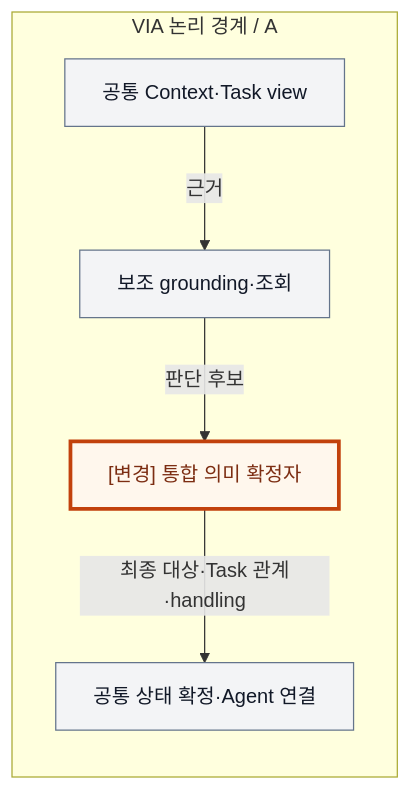
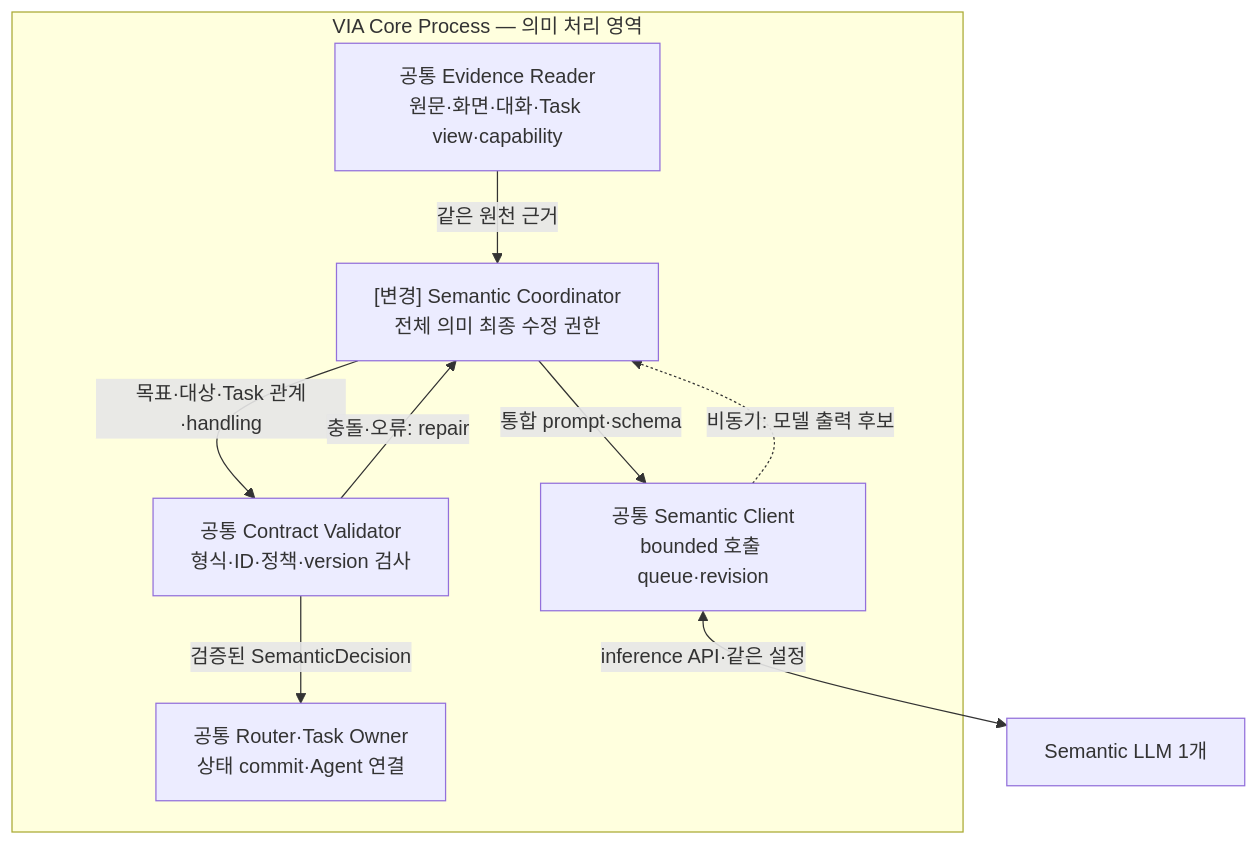
The second of 4 diagrams in docs/architecture/12-decisions/via-dp-06-semantic-authority.md (cbyche/via-sw-architecture), drawn with Mermaid before and after one commit. The commit also changed other lines of this file and 59 other files, not shown here.

Commit message:
docs: consolidate comprehensive VIA decision inventory and implementation diagrams

````diff
--- a/docs/architecture/12-decisions/via-dp-06-semantic-authority.md
+++ b/docs/architecture/12-decisions/via-dp-06-semantic-authority.md
@@ -45,14 +53,12 @@
 ```mermaid
 flowchart TB
- subgraph V["VIA 논리 경계 / A"]
- direction TB
- X["공통 Context·Task view"] -->|근거| H["보조 grounding·조회"]
- H -->|판단 후보| J["[변경] 통합 의미 확정자"]
- J -->|최종 대상·Task 관계·handling| O["공통 상태 확정·Agent 연결"]
+ subgraph V["VIA Core Process — 의미 처리 영역"]
+ E["공통 Evidence Reader<br/>원문·화면·대화·Task view·capability"] -->|"같은 원천 근거"| C["[변경] Semantic Coordinator<br/>전체 의미 최종 수정 권한"]
+ C -->|"통합 prompt·schema"| Q["공통 Semantic Client<br/>bounded 호출 queue·revision"]
+ Q -.->|"비동기: 모델 출력 후보"| C
+ C -->|"목표·대상·Task 관계·handling"| K["공통 Contract Validator<br/>형식·ID·정책·version 검사"]
+ K -->|"충돌·오류: repair"| C
+ K -->|"검증된 SemanticDecision"| T["공통 Router·Task Owner<br/>상태 commit·Agent 연결"]
  end
-
-classDef common fill:#F3F4F6,stroke:#64748B,color:#111827;
-classDef change fill:#FFF7ED,stroke:#C2410C,stroke-width:3px,color:#7C2D12;
-class X,H,O common;
-class J change;
+ Q <-->|"inference API·같은 설정"| M["Semantic LLM 1개"]
 ```
````
